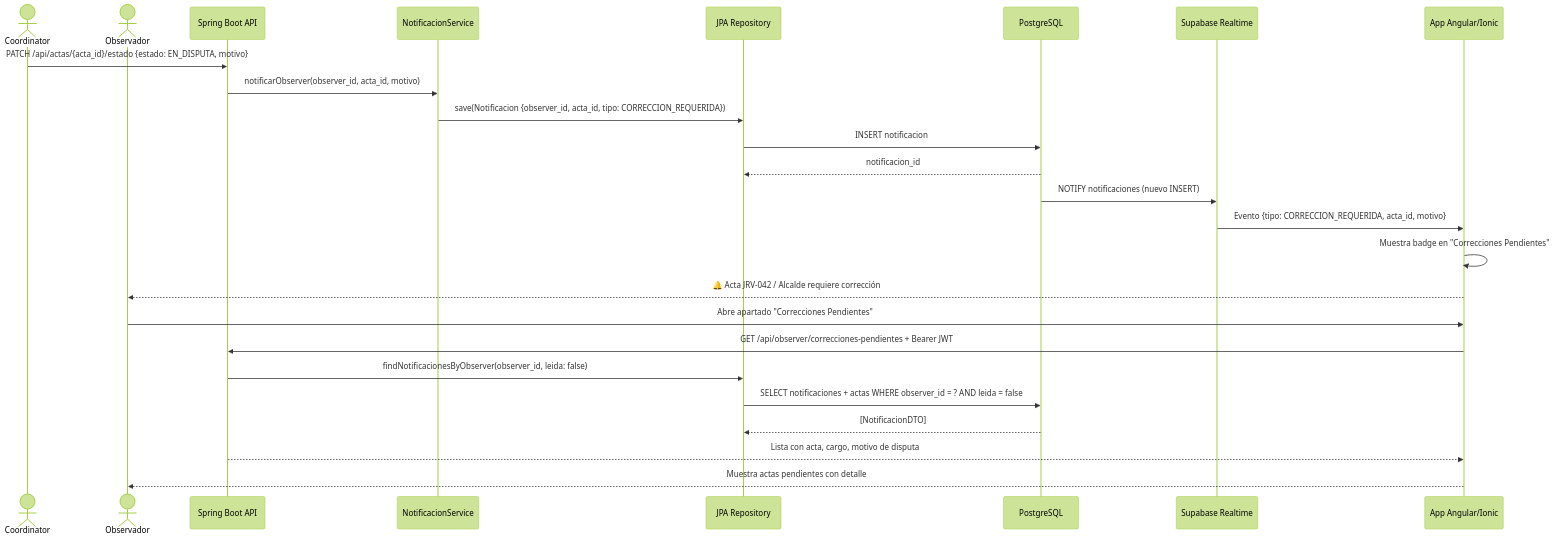
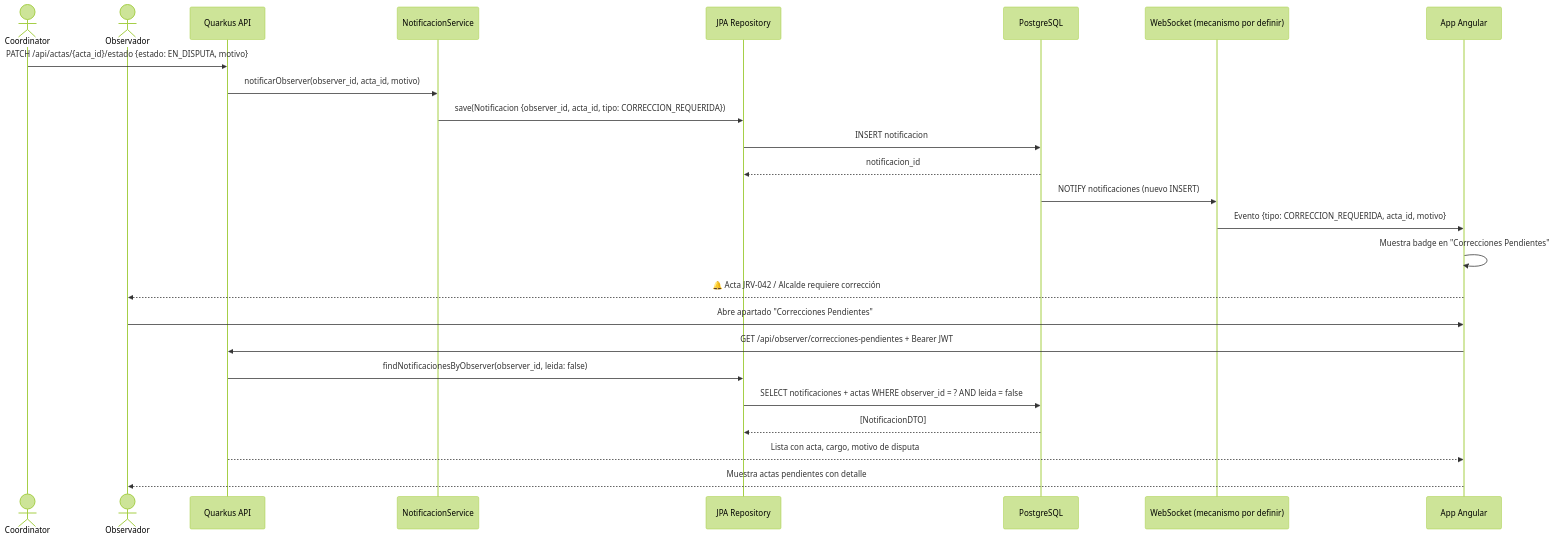
One commit to Brydyan/Control-s-Elector changed the first of 4 diagrams in documents/diagram/secuencias/14-notificaciones.md. Above: the diagram before and after it, drawn with Mermaid (forest theme). The commit also changed other lines of this file and 46 other files, not shown here.

````diff
--- a/documents/diagram/secuencias/14-notificaciones.md
+++ b/documents/diagram/secuencias/14-notificaciones.md
@@ -12,31 +12,31 @@
 ```mermaid
 sequenceDiagram
     actor COORD as Coordinator
     actor OBS as Observador
-    participant API as Spring Boot API
+    participant API as Quarkus API
     participant NOTIF as NotificacionService
     participant JPA as JPA Repository
     participant PG as PostgreSQL
-    participant WS as Supabase Realtime
-    participant APP as App Angular/Ionic
+    participant WS as WebSocket (mecanismo por definir)
+    participant APP as App Angular
 
     COORD->>API: PATCH /api/actas/{acta_id}/estado {estado: EN_DISPUTA, motivo}
     API->>NOTIF: notificarObserver(observer_id, acta_id, motivo)
 
     NOTIF->>JPA: save(Notificacion {observer_id, acta_id, tipo: CORRECCION_REQUERIDA})
     JPA->>PG: INSERT notificacion
     PG-->>JPA: notificacion_id
     PG->>WS: NOTIFY notificaciones (nuevo INSERT)
 
     WS->>APP: Evento {tipo: CORRECCION_REQUERIDA, acta_id, motivo}
     APP->>APP: Muestra badge en "Correcciones Pendientes"
     APP-->>OBS: 🔔 Acta JRV-042 / Alcalde requiere corrección
 
     OBS->>APP: Abre apartado "Correcciones Pendientes"
     APP->>API: GET /api/observer/correcciones-pendientes + Bearer JWT
     API->>JPA: findNotificacionesByObserver(observer_id, leida: false)
     JPA->>PG: SELECT notificaciones + actas WHERE observer_id = ? AND leida = false
     PG-->>JPA: [NotificacionDTO]
     API-->>APP: Lista con acta, cargo, motivo de disputa
     APP-->>OBS: Muestra actas pendientes con detalle
 ```
````
